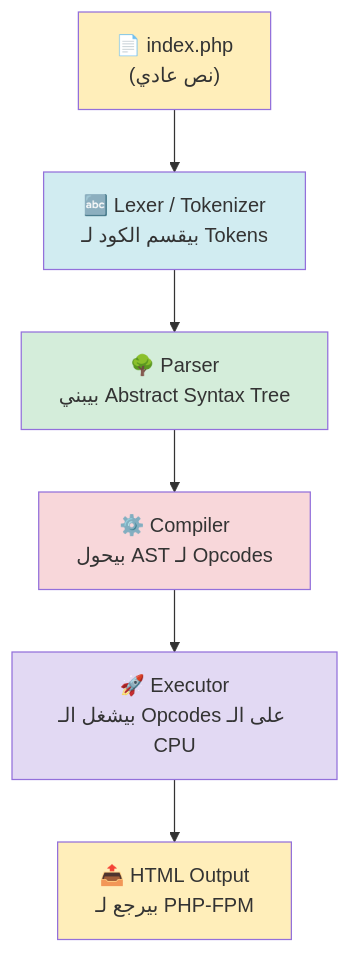
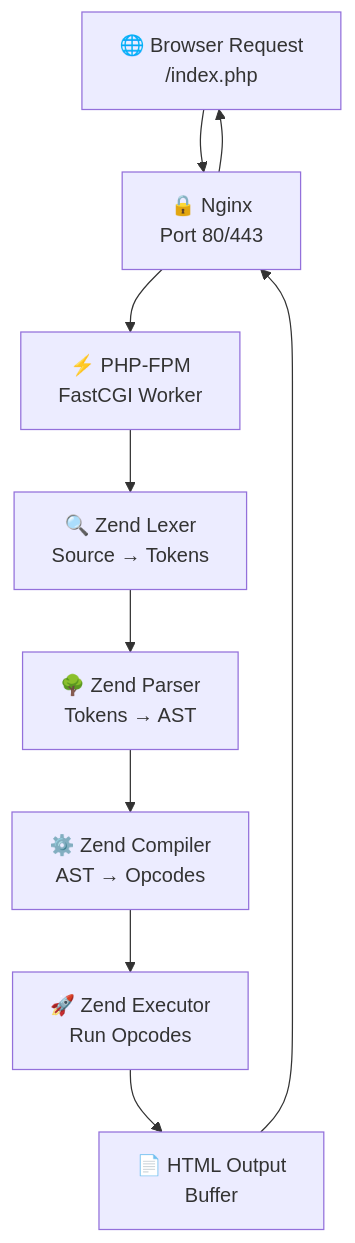
Before and after one commit to muhammad-khaled-tech/My-Study-Notes: the first of 2 diagrams in php/PHP Day03.md, drawn with Mermaid. The commit also changed other lines of this file and 3 other files, not shown here.

````diff
--- a/php/PHP Day03.md
+++ b/php/PHP Day03.md
@@ -105,15 +129,12 @@
 ```mermaid
-flowchart TD
-    A["📄 index.php<br/>(نص عادي)"] --> B["🔤 Lexer / Tokenizer<br/>بيقسم الكود لـ Tokens"]
-    B --> C["🌳 Parser<br/>بيبني Abstract Syntax Tree"]
-    C --> D["⚙️ Compiler<br/>بيحول AST لـ Opcodes"]
-    D --> E["🚀 Executor<br/>بيشغل الـ Opcodes على الـ CPU"]
-    E --> F["📤 HTML Output<br/>بيرجع لـ PHP-FPM"]
-
-    style A fill:#ffeeba
-    style B fill:#d1ecf1
-    style C fill:#d4edda
-    style D fill:#f8d7da
-    style E fill:#e2d9f3
-    style F fill:#ffeeba
+graph TD
+    A["🌐 Browser Request<br/>/index.php"] --> B["🔒 Nginx<br/>Port 80/443"]
+    B --> C["⚡ PHP-FPM<br/>FastCGI Worker"]
+    C --> D["🔍 Zend Lexer<br/>Source → Tokens"]
+    D --> E["🌳 Zend Parser<br/>Tokens → AST"]
+    E --> F["⚙️ Zend Compiler<br/>AST → Opcodes"]
+    F --> G["🚀 Zend Executor<br/>Run Opcodes"]
+    G --> H["📄 HTML Output<br/>Buffer"]
+    H --> B
+    B --> A
 ```
````
